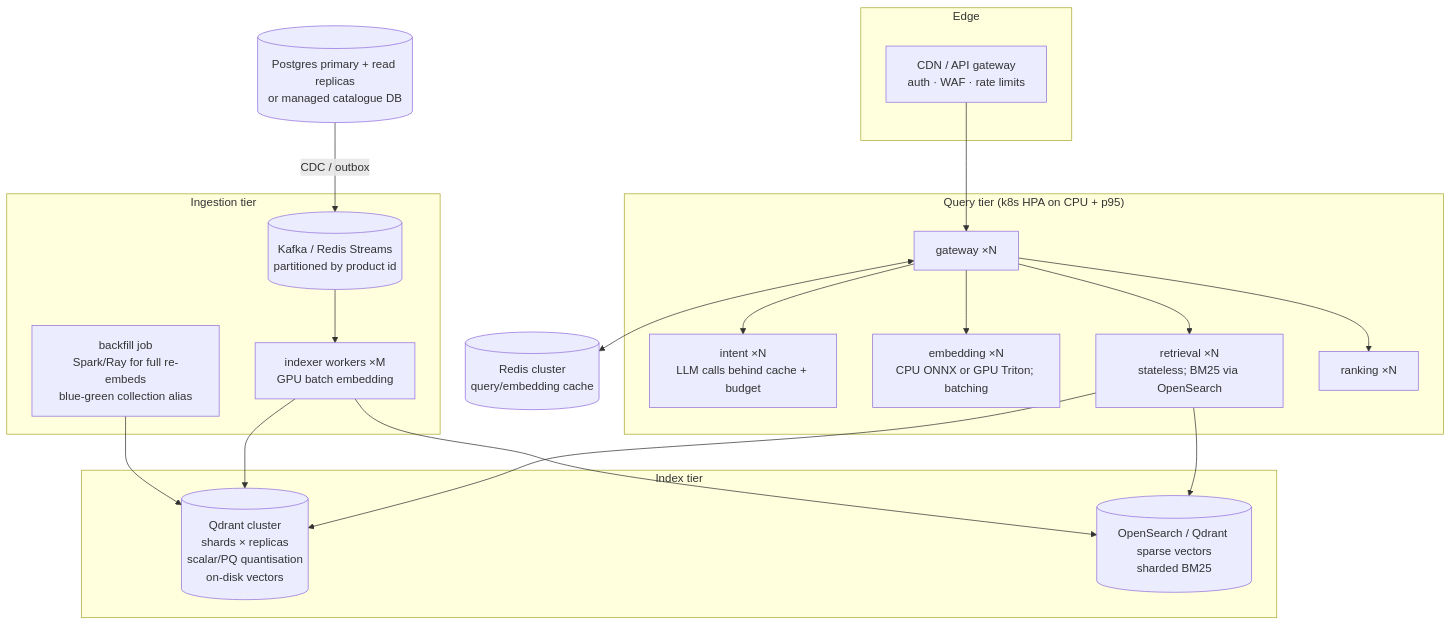
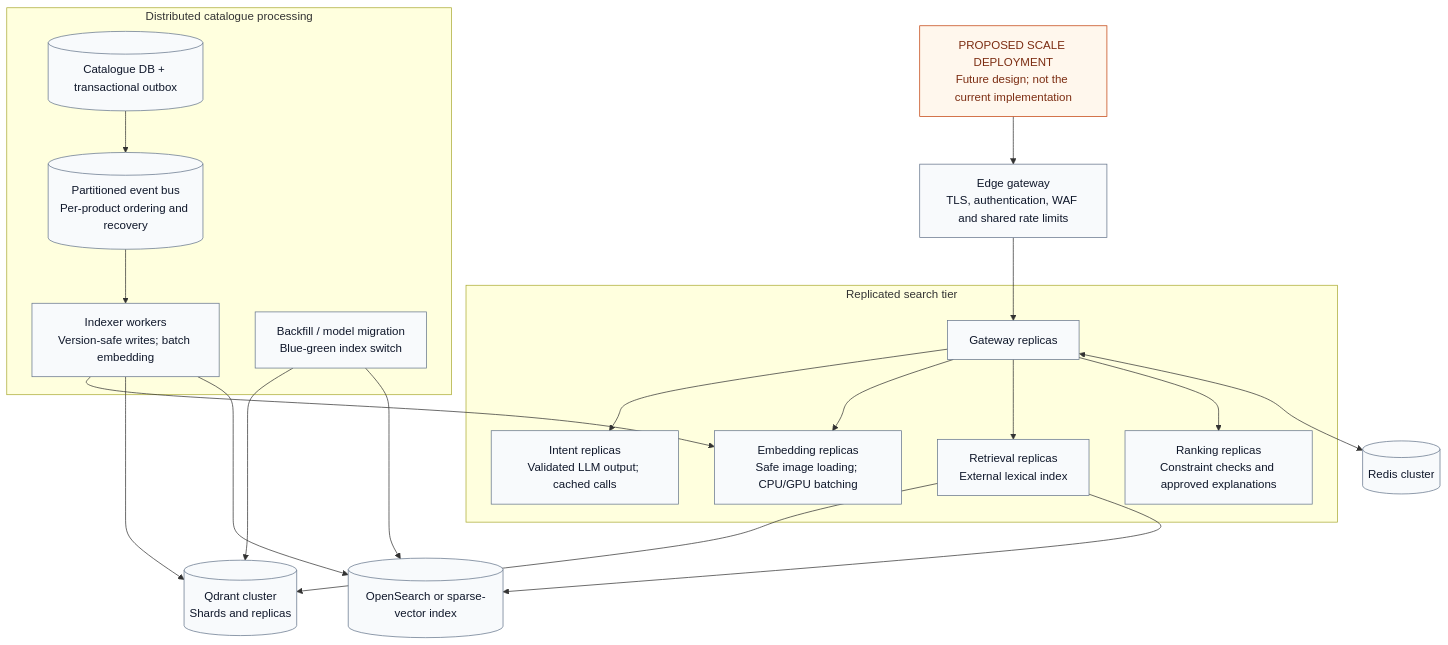
One commit to TejaswiniG06/mosaic-fashion-search changed the diagram in docs/diagrams/scaling.mmd. Above: the diagram before and after it, drawn with Mermaid. The commit also changed 14 other files, not shown here.

Commit message:
Clarify project walkthrough and refresh architecture diagrams

```diff
--- a/docs/diagrams/scaling.mmd
+++ b/docs/diagrams/scaling.mmd
@@ -1,27 +1,30 @@
 flowchart TB
-  subgraph Edge
-    CDN[CDN / API gateway<br/>auth · WAF · rate limits]
+  TITLE["PROPOSED SCALE DEPLOYMENT<br/>Future design; not the current implementation"]
+  EDGE["Edge gateway<br/>TLS, authentication, WAF and shared rate limits"]
+  TITLE --> EDGE
+  subgraph QUERY["Replicated search tier"]
+    GW["Gateway replicas"]
+    IN["Intent replicas<br/>Validated LLM output; cached calls"]
+    EM["Embedding replicas<br/>Safe image loading; CPU/GPU batching"]
+    RT["Retrieval replicas<br/>External lexical index"]
+    RK["Ranking replicas<br/>Constraint checks and approved explanations"]
+    GW --> IN & EM & RT & RK
   end
-  subgraph Query["Query tier (k8s HPA on CPU + p95)"]
-    GW1[gateway ×N]
-    IN1[intent ×N<br/>LLM calls behind cache + budget]
-    EM1[embedding ×N<br/>CPU ONNX or GPU Triton; batching]
-    RT1[retrieval ×N<br/>stateless; BM25 via OpenSearch]
-    RK1[ranking ×N]
+  EDGE --> GW
+  RT --> QD[("Qdrant cluster<br/>Shards and replicas")]
+  RT --> OS[("OpenSearch or sparse-vector index")]
+  GW <--> CACHE[("Redis cluster")]
+  subgraph INGEST["Distributed catalogue processing"]
+    PG[("Catalogue DB + transactional outbox")]
+    BUS[("Partitioned event bus<br/>Per-product ordering and recovery")]
+    IX["Indexer workers<br/>Version-safe writes; batch embedding"]
+    BACK["Backfill / model migration<br/>Blue-green index switch"]
+    PG --> BUS --> IX
+    IX --> EM
   end
-  subgraph Index["Index tier"]
-    QD1[(Qdrant cluster<br/>shards × replicas<br/>scalar/PQ quantisation<br/>on-disk vectors)]
-    OS[(OpenSearch / Qdrant sparse vectors<br/>sharded BM25)]
-  end
-  subgraph Ingest["Ingestion tier"]
-    K[(Kafka / Redis Streams<br/>partitioned by product id)]
-    IX[indexer workers ×M<br/>GPU batch embedding]
-    BF[backfill job<br/>Spark/Ray for full re-embeds<br/>blue-green collection alias]
-  end
-  PG1[(Postgres primary + read replicas<br/>or managed catalogue DB)]
-  RC1[(Redis cluster<br/>query/embedding cache)]
-  CDN --> GW1 --> IN1 & EM1 & RT1 & RK1
-  RT1 --> QD1 & OS
-  GW1 <--> RC1
-  PG1 -->|CDC / outbox| K --> IX --> QD1 & OS
-  BF --> QD1
+  IX --> QD & OS
+  BACK --> QD & OS
+  classDef proposed fill:#f8fafc,stroke:#64748b,color:#0f172a;
+  classDef note fill:#fff7ed,stroke:#c2410c,color:#7c2d12;
+  class TITLE note;
+  class EDGE,GW,IN,EM,RT,RK,PG,BUS,IX,BACK,QD,OS,CACHE proposed;
```
